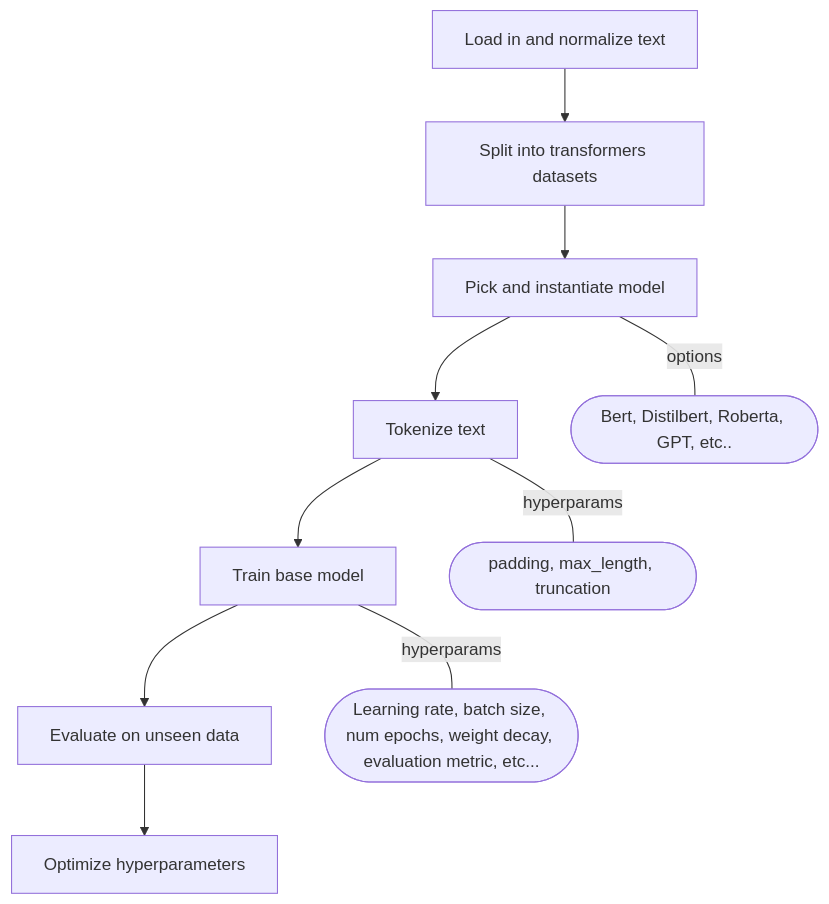
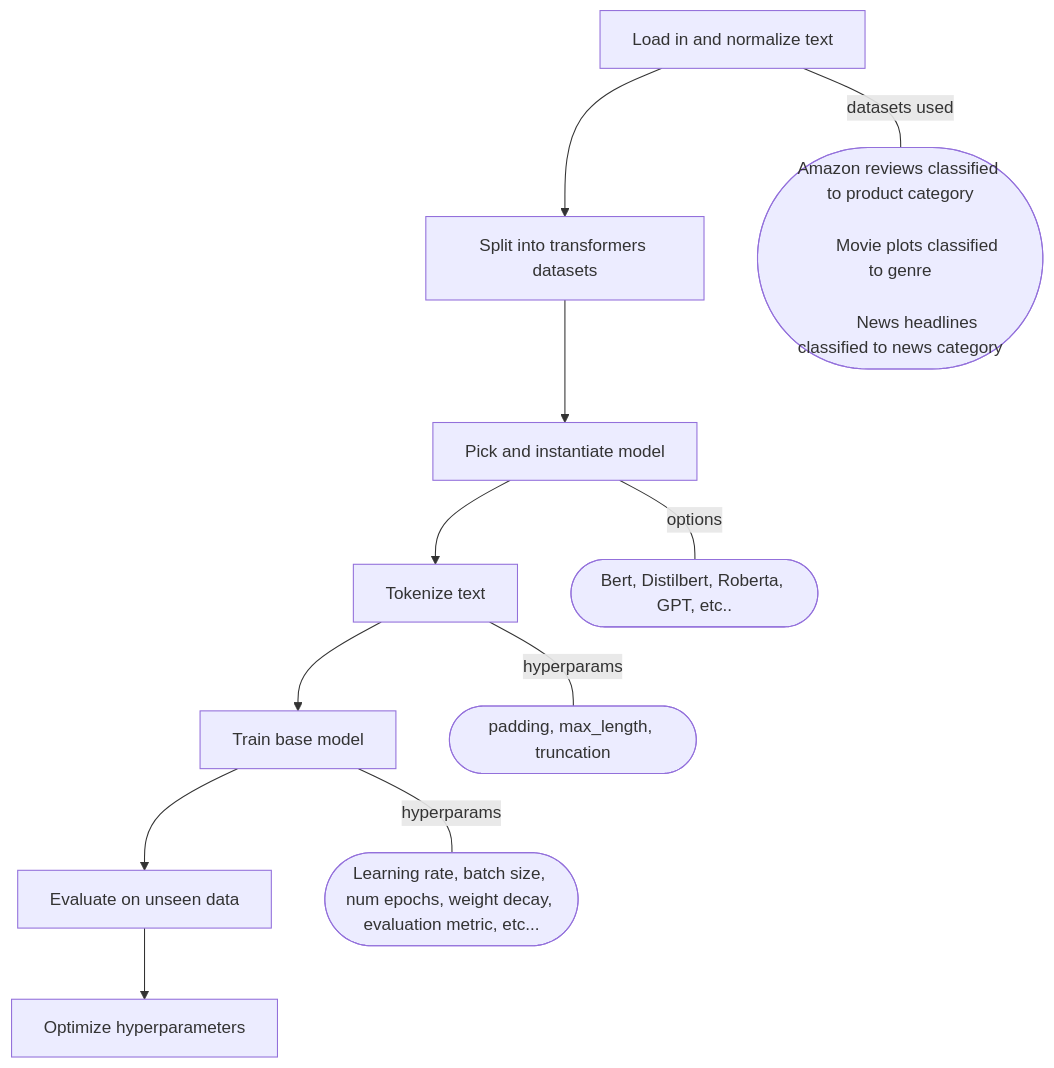
Before and after one commit to Luke-Chesley/bert-classification-fine-tuned-models: the diagram in readme.md, drawn with Mermaid.

Commit message:
modified:   readme.md

````diff
--- a/readme.md
+++ b/readme.md
@@ -6,18 +6,26 @@
 ```mermaid
 flowchart TD;
     A[Load in and normalize text] --> B[Split into transformers datasets]
+
+
     B --> X[Pick and instantiate model]
     X --> C[Tokenize text]
     C --> D[Train base model]
     D --> E[Evaluate on unseen data]
     E --> F[Optimize hyperparameters]
+
+    A --datasets used--- newLines(["Amazon reviews classified to product category
+                                                    Movie plots classified to genre
+                                                    News headlines classified to news category "])
+    
+
     
     D --hyperparams--- S([Learning rate, batch size, num epochs, weight decay, evaluation metric, etc... ])
 
     C --hyperparams--- Y([padding, max_length, truncation])
     
     
     X -- options--- Z([Bert, Distilbert, Roberta, GPT, etc..])
     
 
 ```
````
